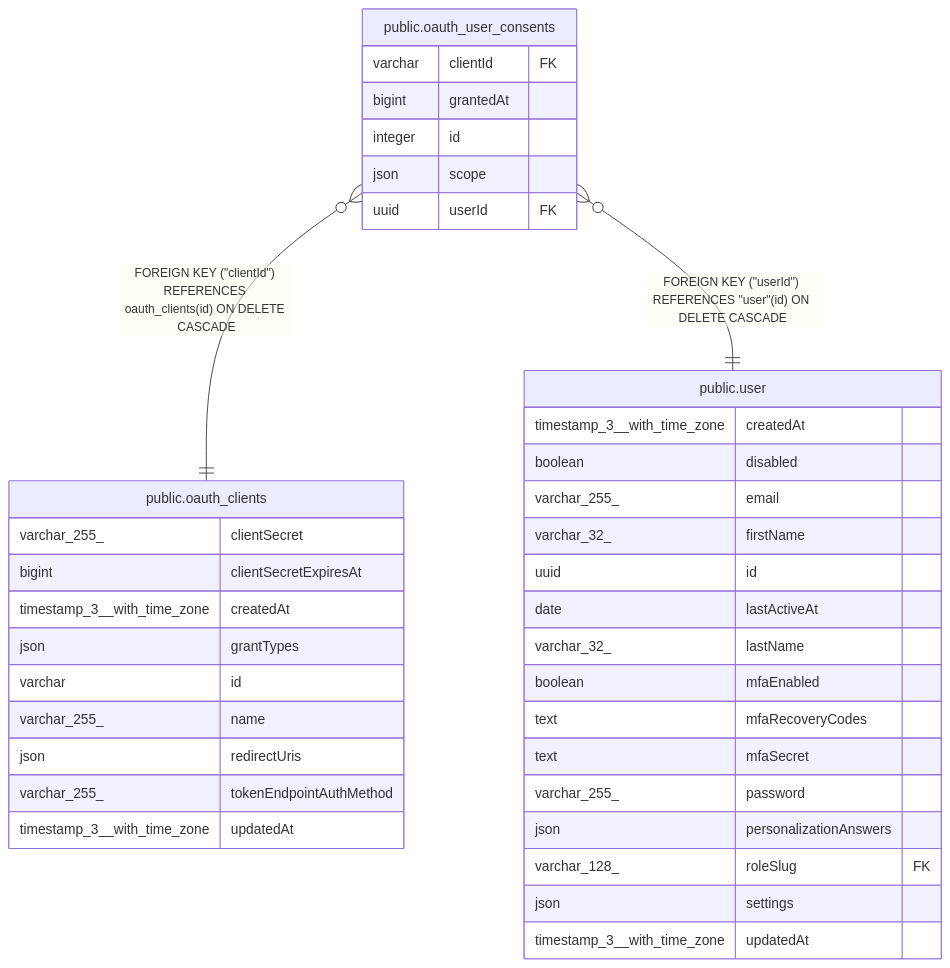
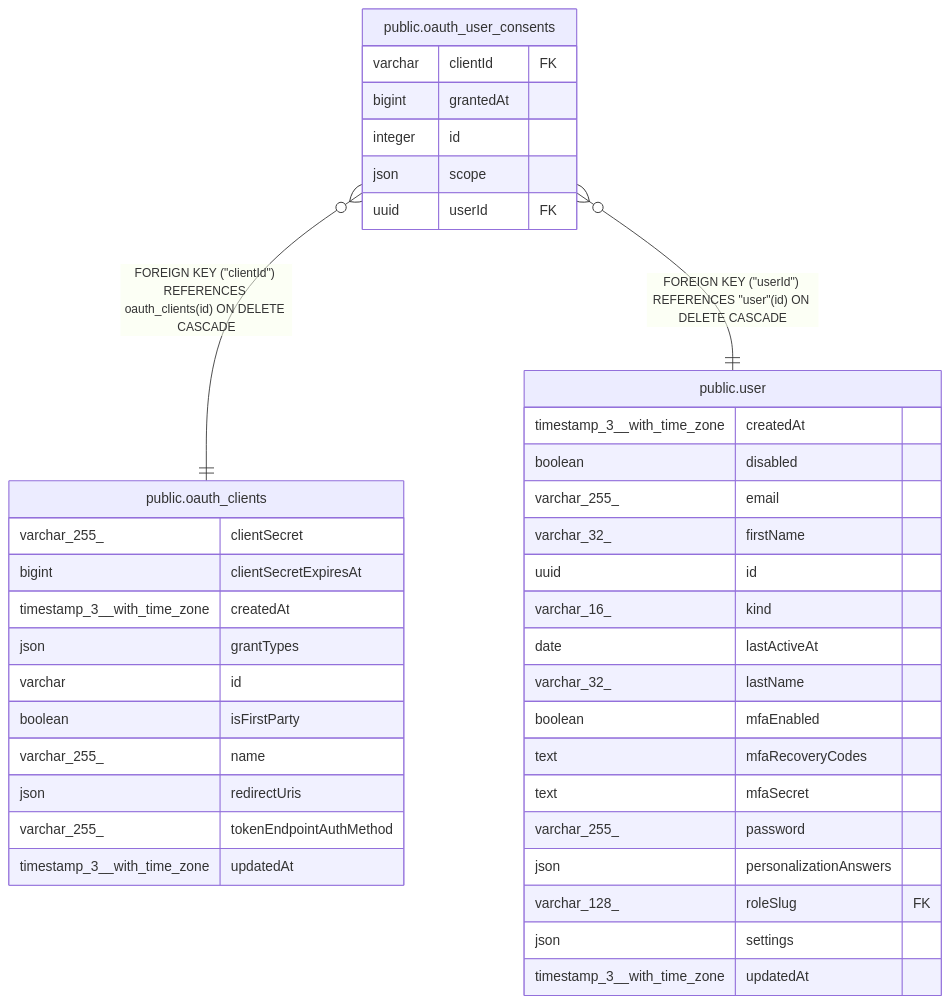
One commit to koreatest12/studys changed the diagram in n8n_integration/n8n_source/docs/generated/postgres-schema/public.oauth_user_consents.md. Above: the diagram before and after it, drawn with Mermaid. The commit also changed 23019 other files, not shown here.

````diff
--- a/n8n_integration/n8n_source/docs/generated/postgres-schema/public.oauth_user_consents.md
+++ b/n8n_integration/n8n_source/docs/generated/postgres-schema/public.oauth_user_consents.md
@@ -36,42 +36,44 @@
 ```mermaid
 erDiagram
 
 "public.oauth_user_consents" }o--|| "public.oauth_clients" : "FOREIGN KEY (#quot;clientId#quot;) REFERENCES oauth_clients(id) ON DELETE CASCADE"
 "public.oauth_user_consents" }o--|| "public.user" : "FOREIGN KEY (#quot;userId#quot;) REFERENCES #quot;user#quot;(id) ON DELETE CASCADE"
 
 "public.oauth_user_consents" {
   varchar clientId FK
   bigint grantedAt
   integer id
   json scope
   uuid userId FK
 }
 "public.oauth_clients" {
   varchar_255_ clientSecret
   bigint clientSecretExpiresAt
   timestamp_3__with_time_zone createdAt
   json grantTypes
   varchar id
+  boolean isFirstParty
   varchar_255_ name
   json redirectUris
   varchar_255_ tokenEndpointAuthMethod
   timestamp_3__with_time_zone updatedAt
 }
 "public.user" {
   timestamp_3__with_time_zone createdAt
   boolean disabled
   varchar_255_ email
   varchar_32_ firstName
   uuid id
+  varchar_16_ kind
   date lastActiveAt
   varchar_32_ lastName
   boolean mfaEnabled
   text mfaRecoveryCodes
   text mfaSecret
   varchar_255_ password
   json personalizationAnswers
   varchar_128_ roleSlug FK
   json settings
   timestamp_3__with_time_zone updatedAt
 }
 ```
````
